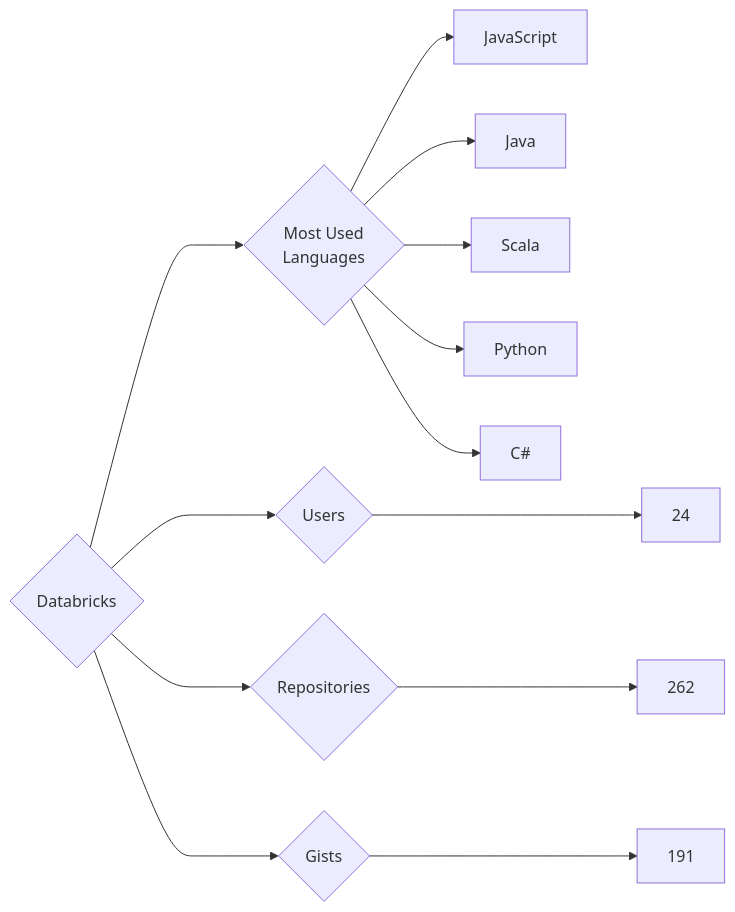
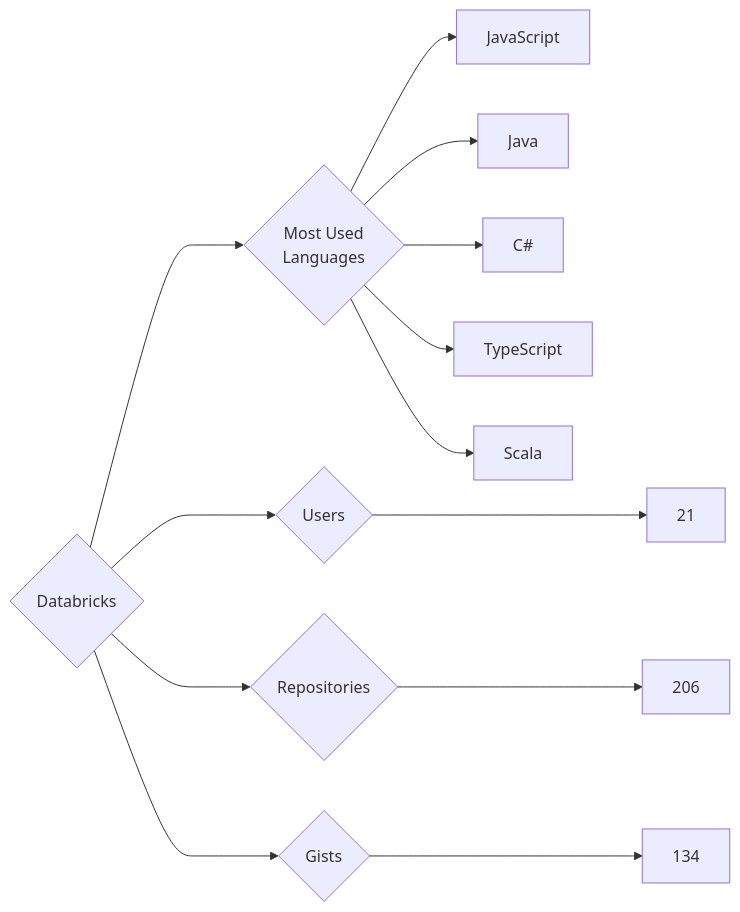
One commit to trickest/insiders changed the diagram in targets/Databricks/README.md. Above: the diagram before and after it, drawn with Mermaid. The commit also changed 806 other files, not shown here.

````diff
--- a/targets/Databricks/README.md
+++ b/targets/Databricks/README.md
@@ -3,13 +3,13 @@
 ```mermaid
 graph LR
 COMPANY_NAME{Databricks}
-COMPANY_NAME ---> U{Users} ---> UN[24]
-COMPANY_NAME ---> R{Repositories} ---> RN[262]
-COMPANY_NAME ---> G{Gists} ---> GN[191]
+COMPANY_NAME ---> U{Users} ---> UN[21]
+COMPANY_NAME ---> R{Repositories} ---> RN[206]
+COMPANY_NAME ---> G{Gists} ---> GN[134]
 COMPANY_NAME ---> ML{Most Used<br>Languages}
 ML --> JavaScript[JavaScript]
 ML --> Java[Java]
+ML --> C#[C#]
+ML --> TypeScript[TypeScript]
 ML --> Scala[Scala]
-ML --> Python[Python]
-ML --> C#[C#]
 ```
````
